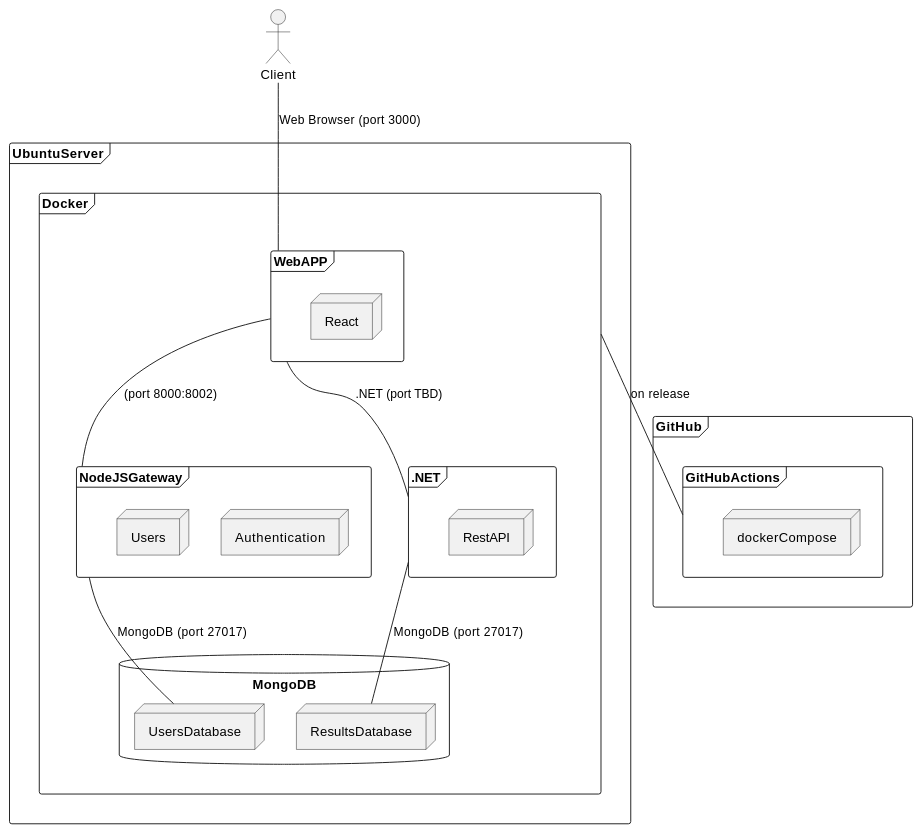
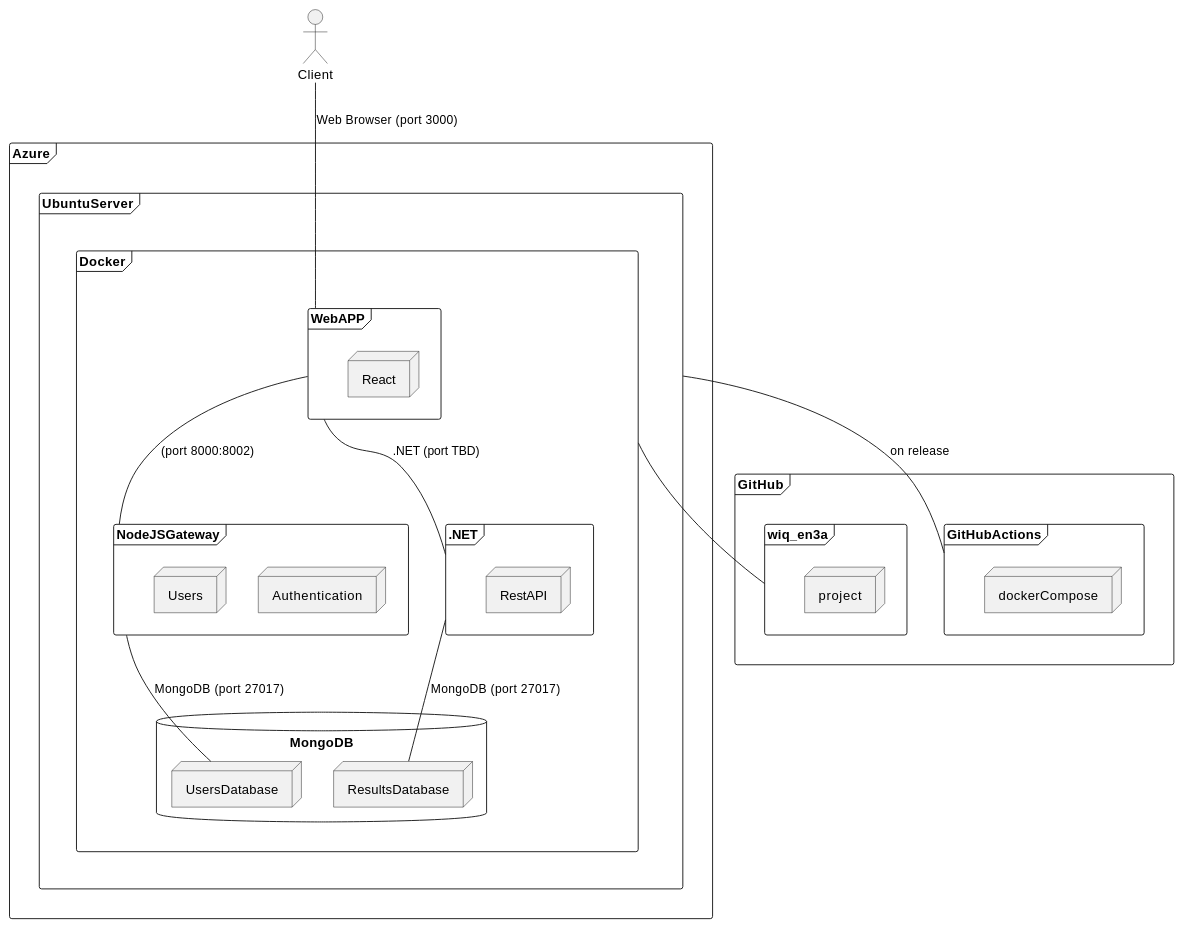
Before and after one commit to UO289930/wiq_en3a: the diagram in docs/src/07_deployment_view.adoc, drawn with PlantUML. The commit also changed 2 other files, not shown here.

Commit message:
Adding new technologies to documentation section 4 and adding azure to section 7

```diff
--- a/docs/src/07_deployment_view.adoc
+++ b/docs/src/07_deployment_view.adoc
@@ -98,45 +98,52 @@
 [plantuml, target=deployment-diagram, format=png]
 ....
 actor client as "Client"
-frame UbuntuServer {
-    frame Docker {
+frame Azure {
+    frame UbuntuServer {
+        frame Docker {
 
 
-        frame WebAPP {
-            node React
-        }
+            frame WebAPP {
+                node React
+            }
 
-        frame NodeJSGateway {
-            node Authentication
+            frame NodeJSGateway {
+                node Authentication
 
-            node Users
-        }
+                node Users
+            }
 
-        database MongoDB {
-            node UsersDatabase
+            database MongoDB {
+                node UsersDatabase
 
-            node ResultsDatabase
-        }
+                node ResultsDatabase
+            }
 
-        frame .NET {
-            node RestAPI
+            frame .NET {
+                node RestAPI
+            }
         }
     }
 }
 
 frame GitHub{
 
         frame GitHubActions{
             node dockerCompose
         }
 
+        frame wiq_en3a{
+            node project
+        }
+
     }
 
 .NET -- ResultsDatabase : MongoDB (port 27017)
 NodeJSGateway -- UsersDatabase : MongoDB (port 27017)
 WebAPP -- NodeJSGateway : (port 8000:8002)
 WebAPP -- .NET : .NET (port TBD)
 client -- WebAPP : Web Browser (port 3000)
 
-Docker -- GitHubActions : on release
+GitHubActions -- UbuntuServer : on release
+Docker -- wiq_en3a
 ....
```
